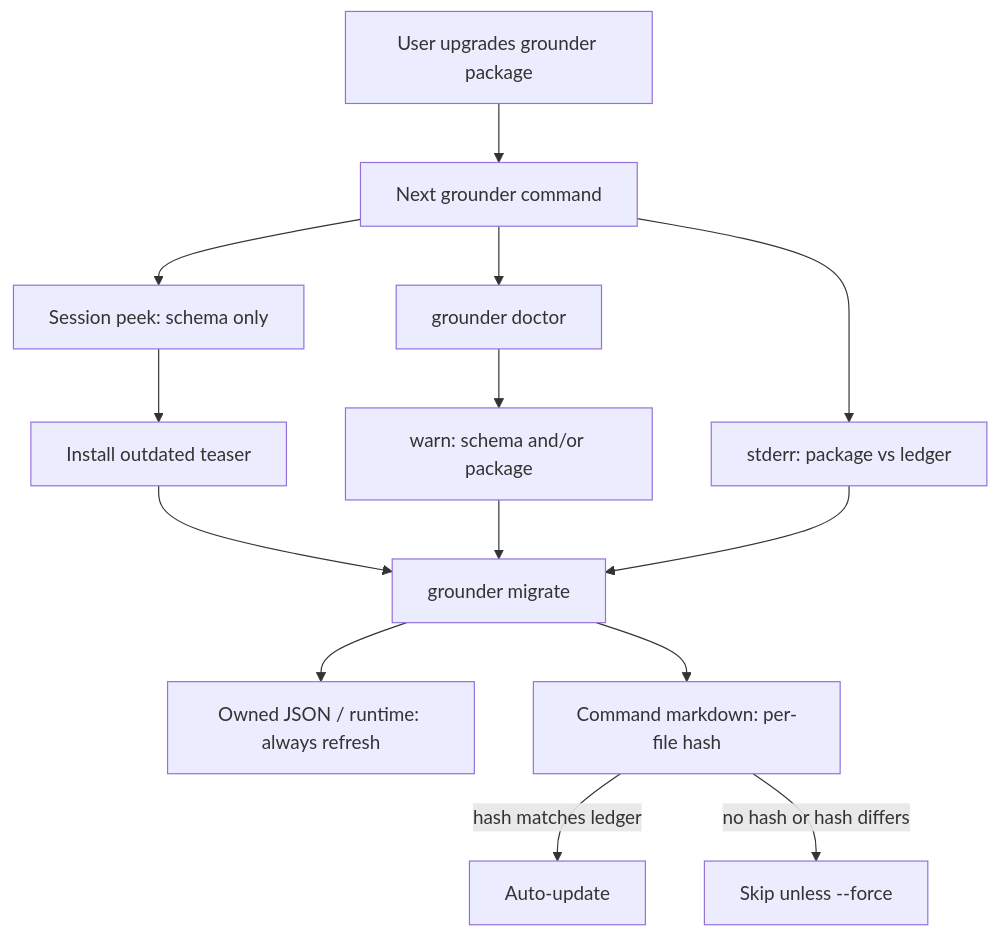
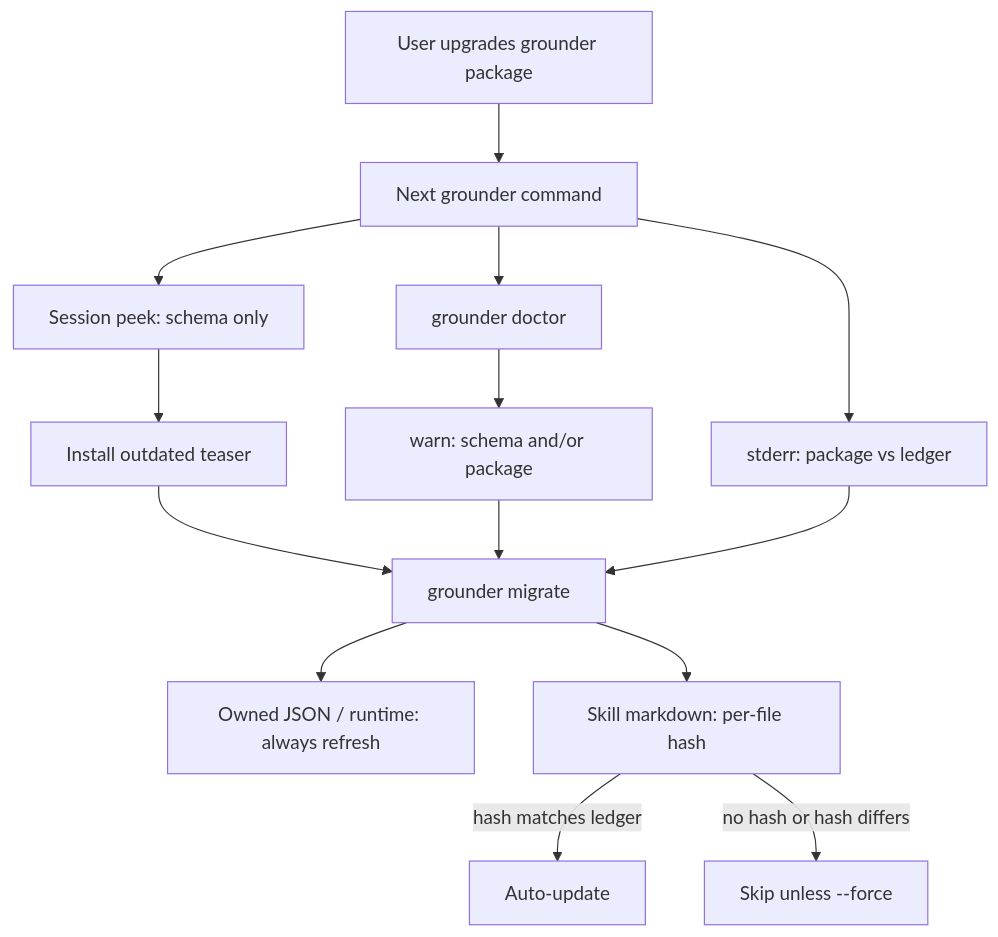
One commit to andrej-kolic/grounder changed the diagram in docs/architecture/schema-versioning.md. Above: the diagram before and after it, drawn with Mermaid. The commit also changed other lines of this file and 15 other files, not shown here.

````diff
--- a/docs/architecture/schema-versioning.md
+++ b/docs/architecture/schema-versioning.md
@@ -138,16 +138,16 @@
 ```mermaid
 flowchart TD
   Upgrade["User upgrades grounder package"] --> NextRun["Next grounder command"]
   NextRun --> Banner["stderr: package vs ledger"]
   NextRun --> Hook["Session peek: schema only"]
   NextRun --> Doctor["grounder doctor"]
   Hook --> Teaser["Install outdated teaser"]
   Doctor --> Warn["warn: schema and/or package"]
   Teaser --> Migrate["grounder migrate"]
   Warn --> Migrate
   Banner --> Migrate
   Migrate --> Owned["Owned JSON / runtime: always refresh"]
-  Migrate --> Cmds["Command markdown: per-file hash"]
-  Cmds -->|"hash matches ledger"| Auto["Auto-update"]
-  Cmds -->|"no hash or hash differs"| Skip["Skip unless --force"]
+  Migrate --> Skills["Skill markdown: per-file hash"]
+  Skills -->|"hash matches ledger"| Auto["Auto-update"]
+  Skills -->|"no hash or hash differs"| Skip["Skip unless --force"]
 ```
````
